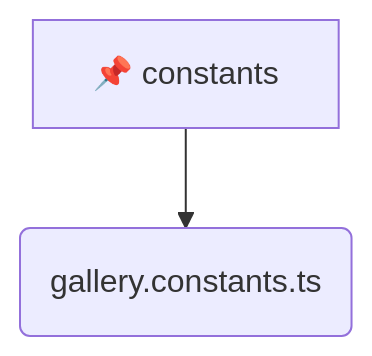
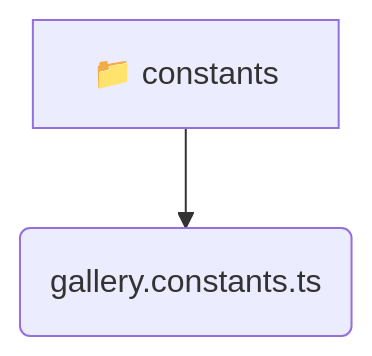
One commit to beginwebdev2002/fullstack-mavluda changed the diagram in frontend/src/entities/gallery/constants/README.md. Above: the diagram before and after it, drawn with Mermaid. The commit also changed other lines of this file and 155 other files, not shown here.

````diff
--- a/frontend/src/entities/gallery/constants/README.md
+++ b/frontend/src/entities/gallery/constants/README.md
@@ -9,5 +11,5 @@
 ```mermaid
 graph TD
-  constants[📌 constants]
-  constants --> gallery_constants_ts(gallery.constants.ts)
+  constants[📁 constants]
+  constants --> constants_gallery_constants_ts(gallery.constants.ts)
 ```
````
